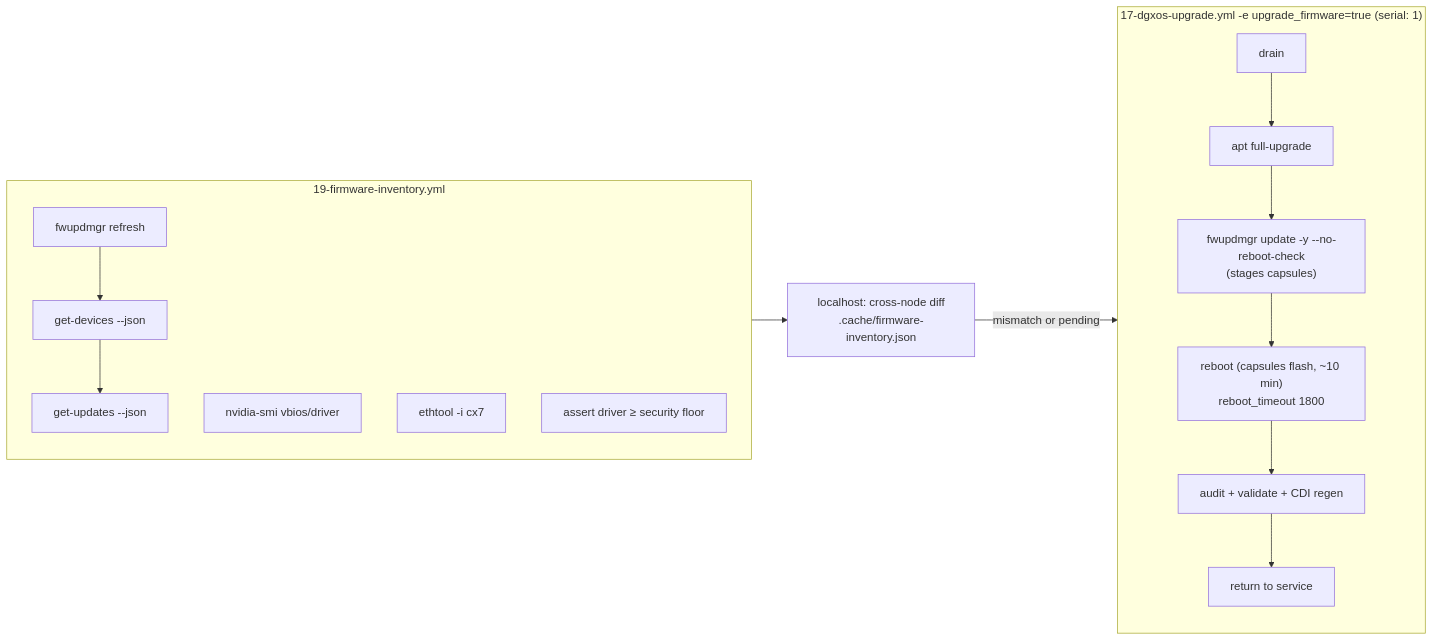
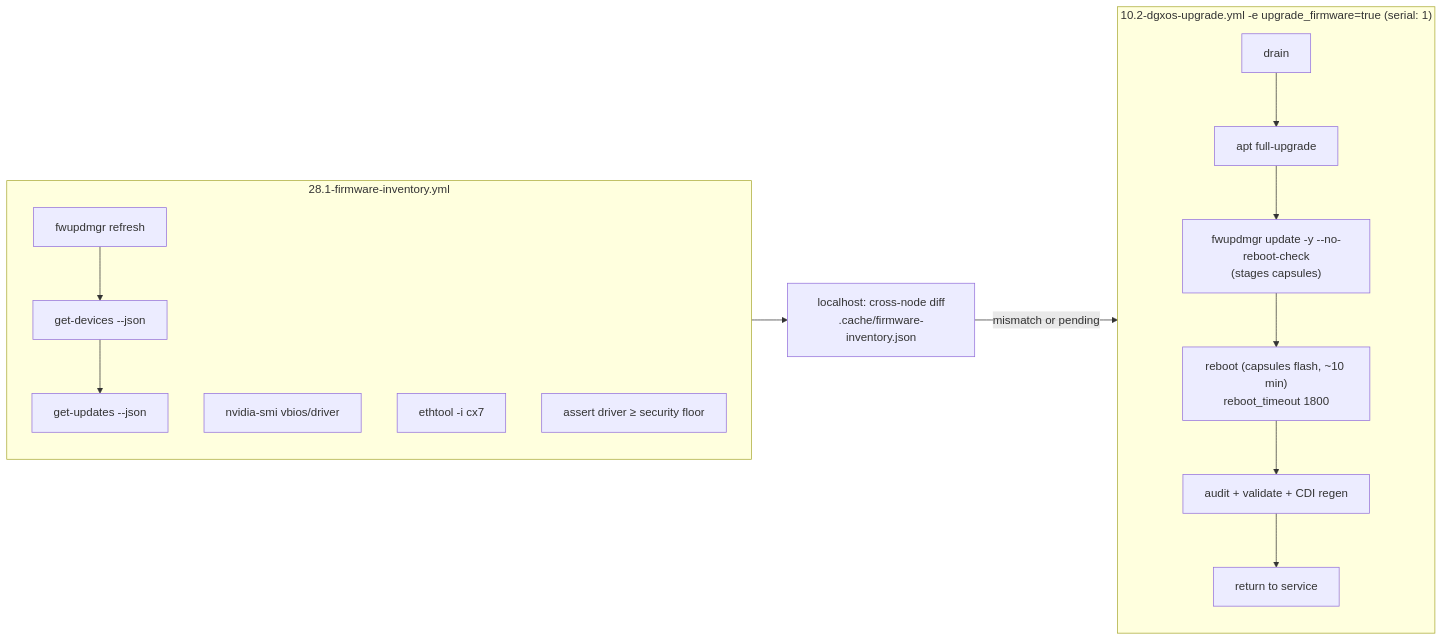
One commit to cloudone365/technical-depth changed the first of 2 diagrams in 01-Ansible/28-firmware-lifecycle-and-vulnerability-patching.md. Above: the diagram before and after it, drawn with Mermaid. The commit also changed other lines of this file and 242 other files, not shown here.

````diff
--- a/01-Ansible/28-firmware-lifecycle-and-vulnerability-patching.md
+++ b/01-Ansible/28-firmware-lifecycle-and-vulnerability-patching.md
@@ -42,14 +42,14 @@
 ```mermaid
 flowchart LR
-  subgraph INV["19-firmware-inventory.yml"]
+  subgraph INV["28.1-firmware-inventory.yml"]
     R["fwupdmgr refresh"] --> D["get-devices --json"] --> U["get-updates --json"]
     GV["nvidia-smi vbios/driver"]
     CX["ethtool -i cx7"]
     SEC["assert driver ≥ security floor"]
   end
   INV --> CMP["localhost: cross-node diff<br/>.cache/firmware-inventory.json"]
   CMP -->|mismatch or pending| UPG
-  subgraph UPG["17-dgxos-upgrade.yml -e upgrade_firmware=true (serial: 1)"]
+  subgraph UPG["10.2-dgxos-upgrade.yml -e upgrade_firmware=true (serial: 1)"]
     DR["drain"] --> AP["apt full-upgrade"] --> FW["fwupdmgr update -y --no-reboot-check<br/>(stages capsules)"] --> RB["reboot (capsules flash, ~10 min)<br/>reboot_timeout 1800"] --> VA["audit + validate + CDI regen"] --> UN["return to service"]
   end
 ```
````
